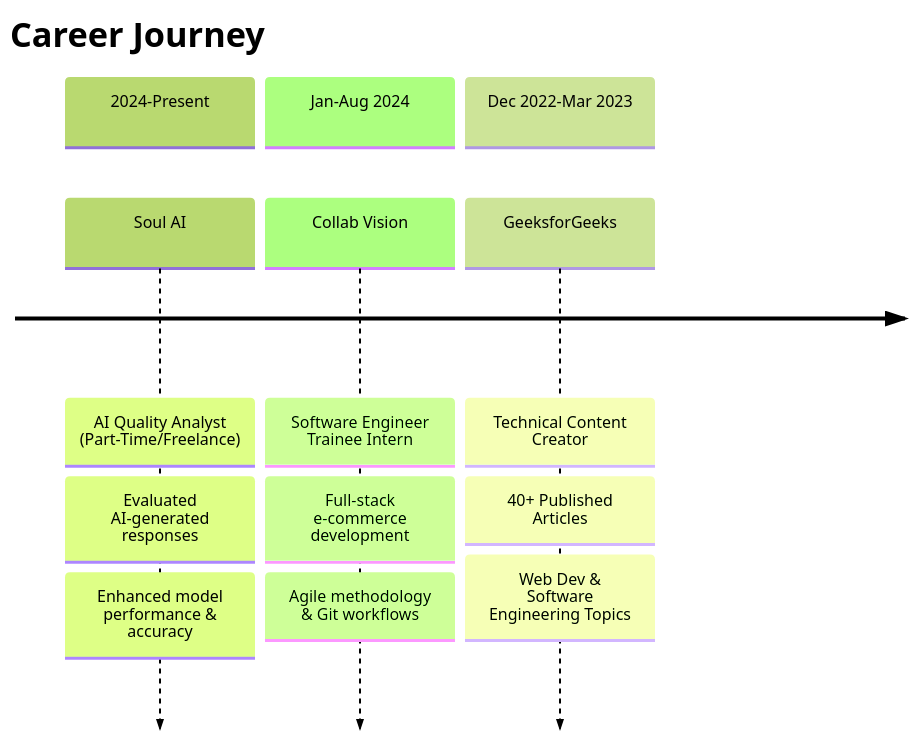
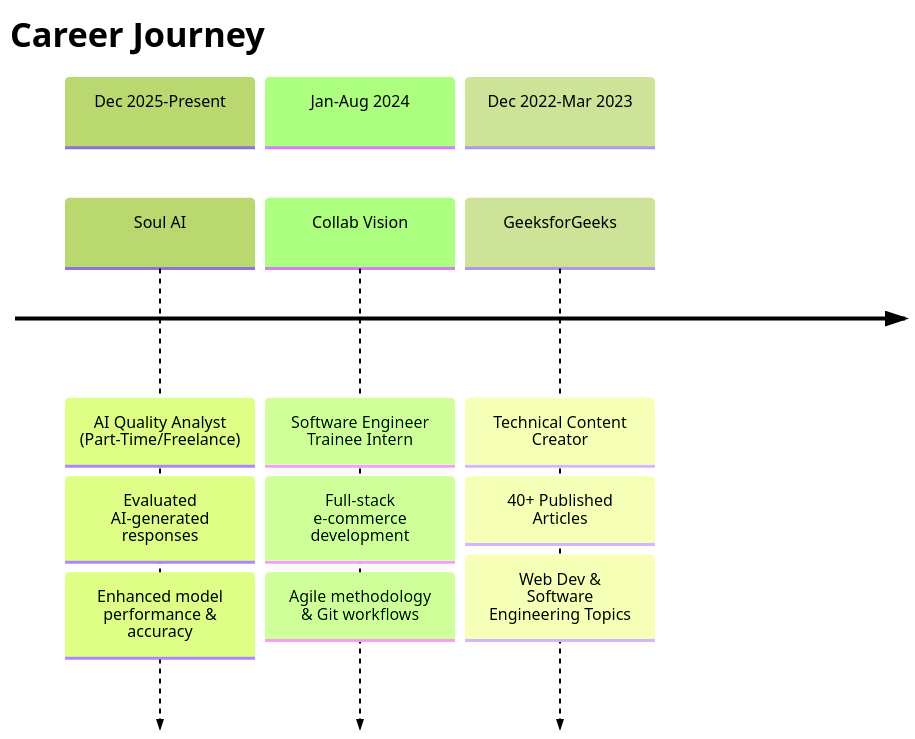
Before and after one commit to Snehalmahasagar/Snehalmahasagar: the diagram in README.md, drawn with Mermaid (forest theme).

Commit message:
Update README.md
Added the experience

````diff
--- a/README.md
+++ b/README.md
@@ -190,16 +190,16 @@
 ```mermaid
 timeline
     title Career Journey
-    section 2024-Present
+    section Dec 2025-Present
         Soul AI : AI Quality Analyst (Part-Time/Freelance)
               : Evaluated AI-generated responses
               : Enhanced model performance & accuracy
     section Jan-Aug 2024
         Collab Vision : Software Engineer Trainee Intern
                      : Full-stack e-commerce development
                      : Agile methodology & Git workflows
     section Dec 2022-Mar 2023
         GeeksforGeeks : Technical Content Creator
                       : 40+ Published Articles
                       : Web Dev & Software Engineering Topics
 ```
````
